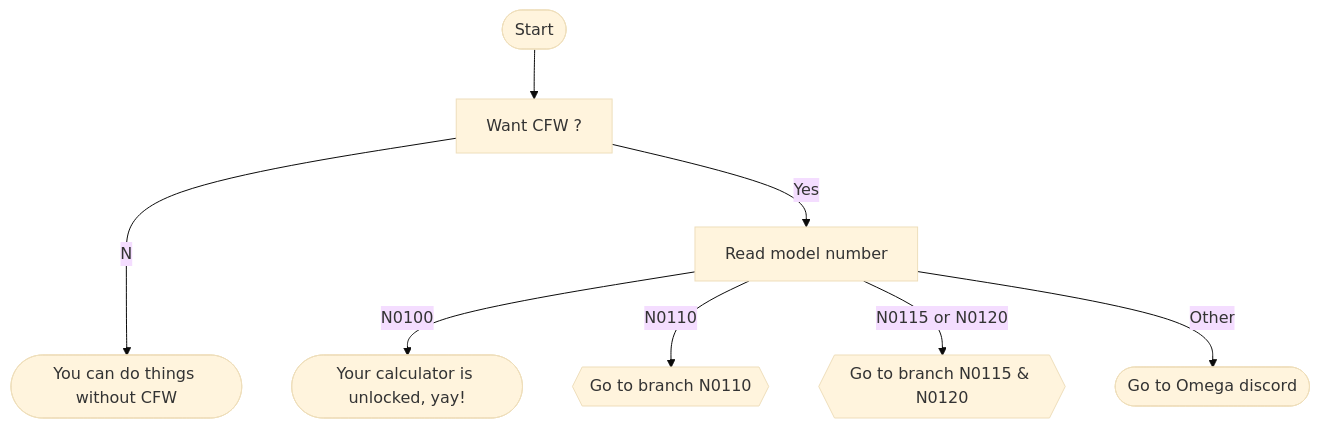
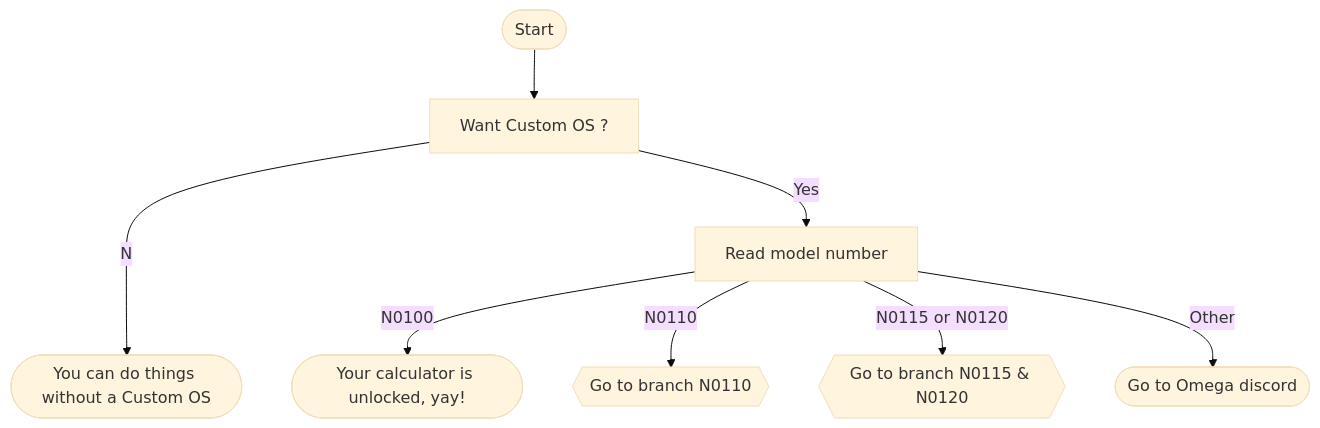
The first of 3 diagrams in docs/flowchart.md (Omega-Numworks/Omega-Guide), drawn with Mermaid (base theme) before and after one commit.

Commit message:
Change CFW --> Custom OS

````diff
--- a/docs/flowchart.md
+++ b/docs/flowchart.md
@@ -14,21 +14,21 @@
 ```mermaid
 flowchart TD
     calc_unlocked([Your calculator is unlocked, yay!])
-    calc_locked([You can do things without CFW])
-    start([Start]) --> want_cfw[Want CFW ?]
+    calc_locked([You can do things without a Custom OS])
+    start([Start]) --> want_cfw[Want Custom OS ?]
     want_cfw --No--> calc_locked
     want_cfw --Yes--> model_number[Read model number]
     
     
     model_number --N0100--> calc_unlocked
     model_number --N0110--> branch_N0110{{Go to branch N0110}}
     model_number --N0115 or N0120--> branch_new_calcs{{Go to branch N0115 & N0120}}
     model_number --Other--> goto_discord([Go to Omega discord])
 
     click model_number "./intro"
     click calc_locked "./no-custom/what-to-do-locked"
     click calc_unlocked "./cfw/choose-a-cfw"
     click goto_discord "https://discord.gg/X2TWhh9"
     click branch_N0110 "#n0110"
     click branch_new_calcs "#new-calcs"
 ```
````
